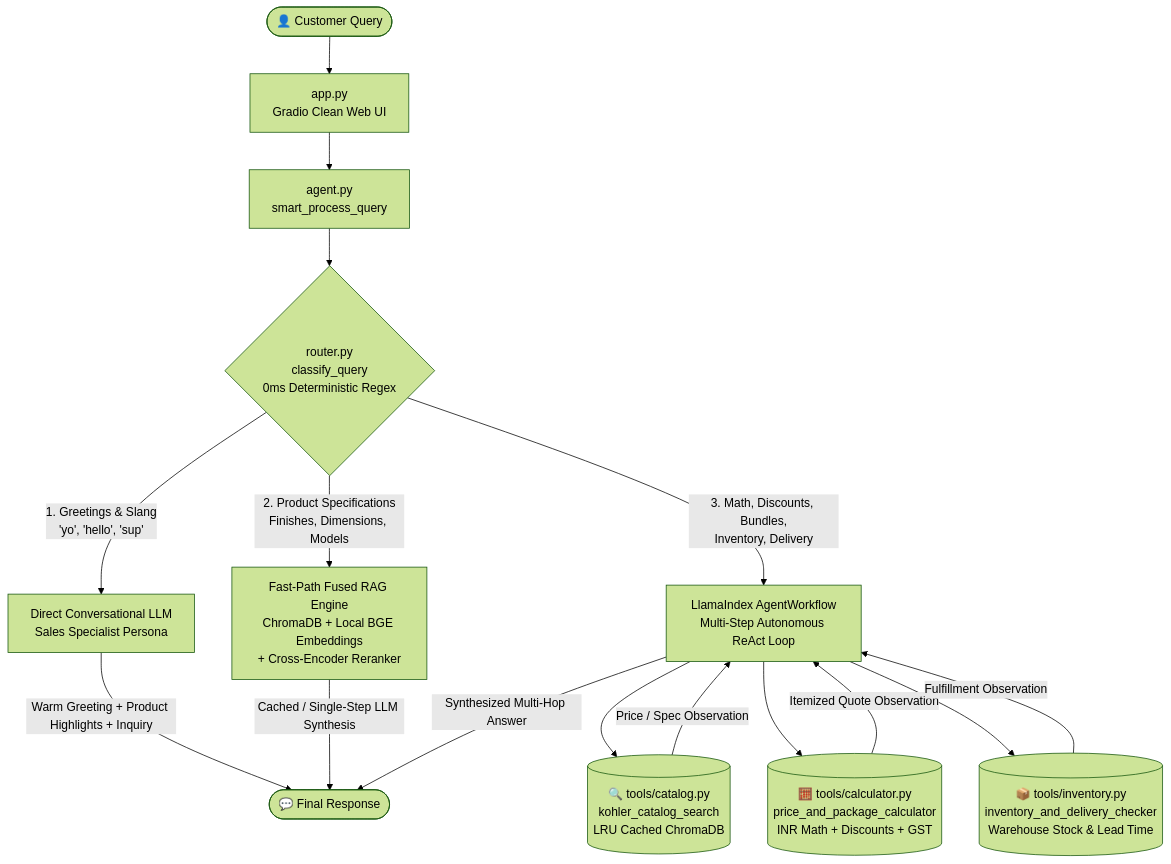
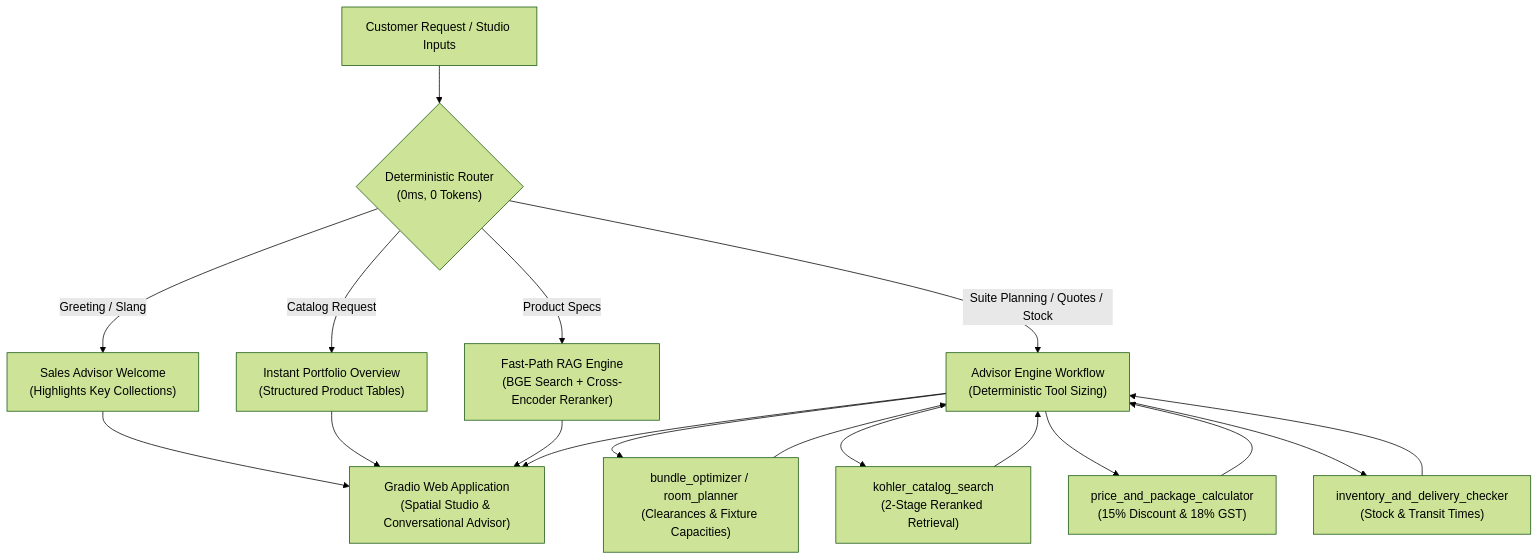
One commit to randumb6uy/1262240580_Tushar_Paul changed the diagram in PROJECT_GUIDE.md. Above: the diagram before and after it, drawn with Mermaid (forest theme). The commit also changed other lines of this file and 111 other files, not shown here.

Commit message:
feat: complete spatial studio optimizer UI, custom dark scrollbars, deterministic synthesis fallback, and updated mental model

````diff
--- a/PROJECT_GUIDE.md
+++ b/PROJECT_GUIDE.md
@@ -46,27 +94,23 @@
 ```mermaid
 flowchart TD
-    User([👤 Customer Query]) --> UI[app.py<br/>Gradio Clean Web UI]
-    UI --> Dispatcher[agent.py<br/>smart_process_query]
-    Dispatcher --> Router{router.py<br/>classify_query<br/>0ms Deterministic Regex}
+    User["Customer Request / Studio Inputs"] --> Router{"Deterministic Router<br/>(0ms, 0 Tokens)"}
 
-    %% Route 1: Greetings & Slang
-    Router -->|1. Greetings & Slang<br/>'yo', 'hello', 'sup'| DirectPath[Direct Conversational LLM<br/>Sales Specialist Persona]
-    DirectPath -->|Warm Greeting + Product Highlights + Inquiry| FinalOutput([💬 Final Response])
+    Router -->|"Greeting / Slang"| DirectGreeting["Sales Advisor Welcome<br/>(Highlights Key Collections)"]
+    Router -->|"Catalog Request"| CatalogOverview["Instant Portfolio Overview<br/>(Structured Product Tables)"]
+    Router -->|"Product Specs"| FastPath["Fast-Path RAG Engine<br/>(BGE Search + Cross-Encoder Reranker)"]
+    Router -->|"Suite Planning / Quotes / Stock"| AdvisorWorkflow["Advisor Engine Workflow<br/>(Deterministic Tool Sizing)"]
 
-    %% Route 2: Fast-Path RAG
-    Router -->|2. Product Specifications<br/>Finishes, Dimensions, Models| FastPath[Fast-Path Fused RAG Engine<br/>ChromaDB + Local BGE Embeddings<br/>+ Cross-Encoder Reranker]
-    FastPath -->|Cached / Single-Step LLM Synthesis| FinalOutput
+    AdvisorWorkflow --> Tool1["bundle_optimizer / room_planner<br/>(Clearances & Fixture Capacities)"]
+    AdvisorWorkflow --> Tool2["kohler_catalog_search<br/>(2-Stage Reranked Retrieval)"]
+    AdvisorWorkflow --> Tool3["price_and_package_calculator<br/>(15% Discount & 18% GST)"]
+    AdvisorWorkflow --> Tool4["inventory_and_delivery_checker<br/>(Stock & Transit Times)"]
 
-    %% Route 3: Multi-Step Agentic ReAct
-    Router -->|3. Math, Discounts, Bundles,<br/>Inventory, Delivery| AgenticWorkflow[LlamaIndex AgentWorkflow<br/>Multi-Step Autonomous ReAct Loop]
-    
-    AgenticWorkflow --> Tool1[(🔍 tools/catalog.py<br/>kohler_catalog_search<br/>LRU Cached ChromaDB)]
-    AgenticWorkflow --> Tool2[(🧮 tools/calculator.py<br/>price_and_package_calculator<br/>INR Math + Discounts + GST)]
-    AgenticWorkflow --> Tool3[(📦 tools/inventory.py<br/>inventory_and_delivery_checker<br/>Warehouse Stock & Lead Time)]
-    
-    Tool1 -->|Price / Spec Observation| AgenticWorkflow
-    Tool2 -->|Itemized Quote Observation| AgenticWorkflow
-    Tool3 -->|Fulfillment Observation| AgenticWorkflow
-    
-    AgenticWorkflow -->|Synthesized Multi-Hop Answer| FinalOutput
+    DirectGreeting --> GradioUI["Gradio Web Application<br/>(Spatial Studio & Conversational Advisor)"]
+    CatalogOverview --> GradioUI
+    FastPath --> GradioUI
+    Tool1 --> AdvisorWorkflow
+    Tool2 --> AdvisorWorkflow
+    Tool3 --> AdvisorWorkflow
+    Tool4 --> AdvisorWorkflow
+    AdvisorWorkflow --> GradioUI
 ```
````
